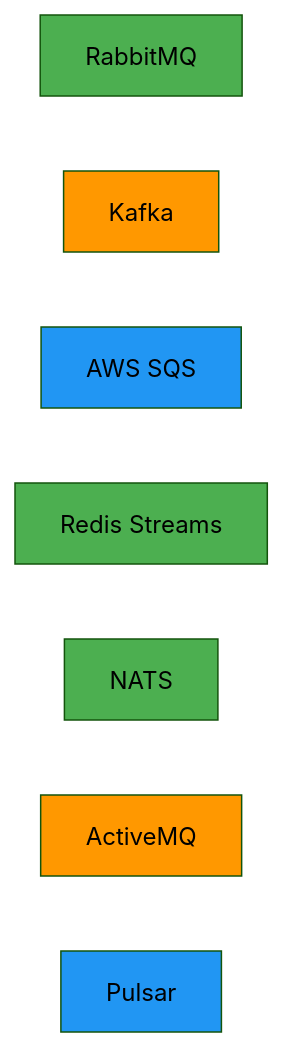
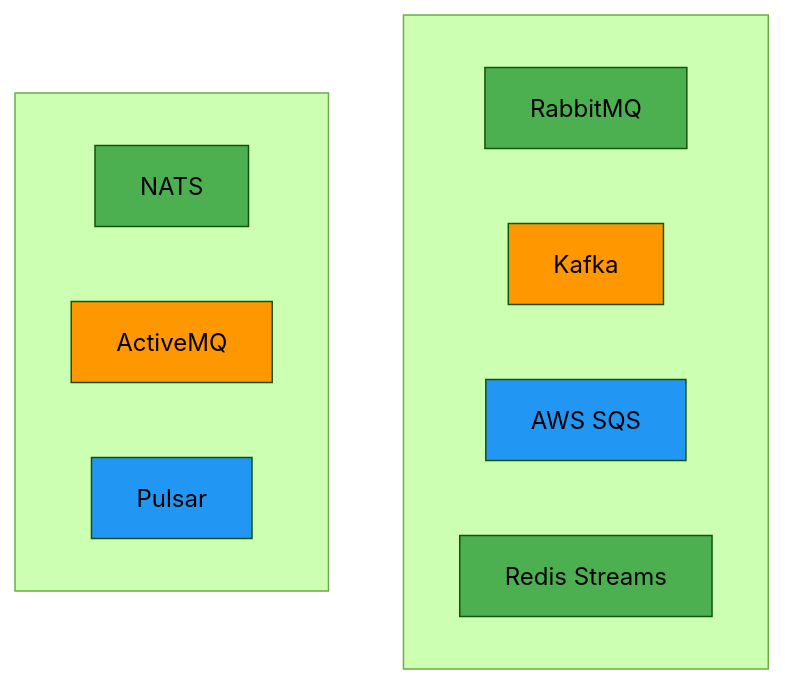
One commit to niceguy61/kdt_devops_lecture_2025 changed the sixth of 10 diagrams in theory/week_04/day1/challenge_2.md. Above: the diagram before and after it, drawn with Mermaid (forest theme). The commit also changed other lines of this file, not shown here.

````diff
--- a/theory/week_04/day1/challenge_2.md
+++ b/theory/week_04/day1/challenge_2.md
@@ -281,18 +281,23 @@
 ```mermaid
-graph LR
-    A[RabbitMQ]
-    B[Kafka]
-    C[AWS SQS]
-    D[Redis Streams]
-    E[NATS]
-    F[ActiveMQ]
-    G[Pulsar]
+graph TB
+    subgraph col1[" "]
+        A[RabbitMQ]
+        B[Kafka]
+        C[AWS SQS]
+        D[Redis Streams]
+    end
+    
+    subgraph col2[" "]
+        E[NATS]
+        F[ActiveMQ]
+        G[Pulsar]
+    end
     
     style A fill:#4caf50
     style B fill:#ff9800
     style C fill:#2196f3
     style D fill:#4caf50
     style E fill:#4caf50
     style F fill:#ff9800
     style G fill:#2196f3
 ```
````
